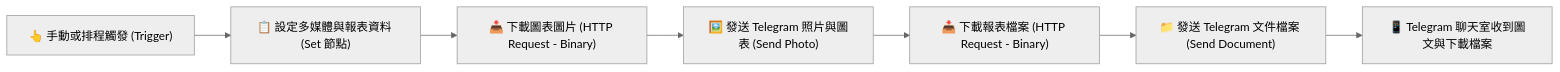
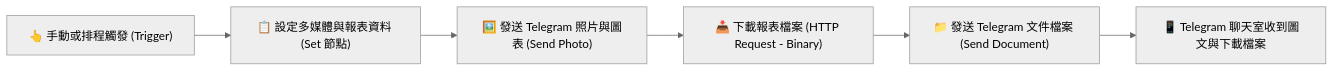
Before and after one commit to roberthsu2003/n8n: the diagram in 通訊軟體整合/Telegram/Telegram發送多媒體與文件/README.md, drawn with Mermaid (neutral theme). The commit also changed other lines of this file and 2 other files, not shown here.

````diff
--- a/通訊軟體整合/Telegram/Telegram發送多媒體與文件/README.md
+++ b/通訊軟體整合/Telegram/Telegram發送多媒體與文件/README.md
@@ -12,9 +12,8 @@
 ```mermaid
 flowchart LR
     A["👆 手動或排程觸發 (Trigger)"] --> B["📋 設定多媒體與報表資料 (Set 節點)"]
-    B --> C["📥 下載圖表圖片 (HTTP Request - Binary)"]
-    C --> D["🖼️ 發送 Telegram 照片與圖表 (Send Photo)"]
-    D --> E["📥 下載報表檔案 (HTTP Request - Binary)"]
-    E --> F["📁 發送 Telegram 文件檔案 (Send Document)"]
-    F --> G["📱 Telegram 聊天室收到圖文與下載檔案"]
+    B --> C["🖼️ 發送 Telegram 照片與圖表 (Send Photo)"]
+    C --> D["📥 下載報表檔案 (HTTP Request - Binary)"]
+    D --> E["📁 發送 Telegram 文件檔案 (Send Document)"]
+    E --> F["📱 Telegram 聊天室收到圖文與下載檔案"]
 ```
````
